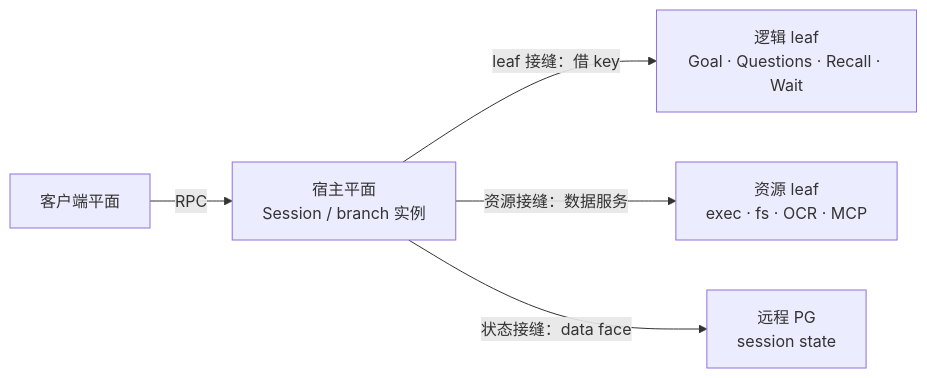
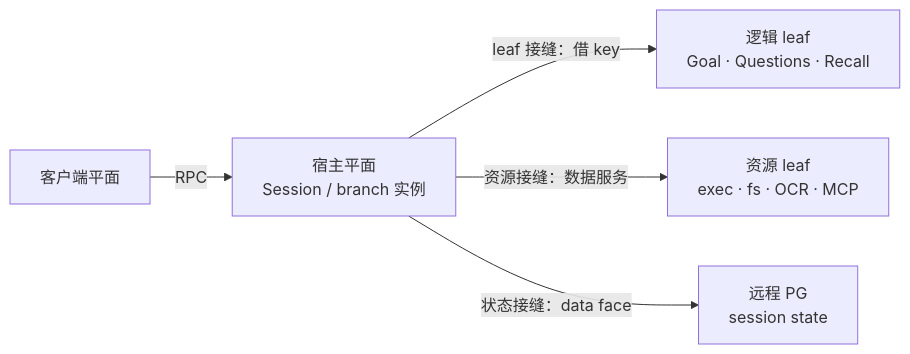
Before and after one commit to CoutinhoTTS/dim-agent: the first of 4 diagrams in docs/design/research/remote-plugins.md, drawn with Mermaid. The commit also changed other lines of this file, not shown here.

First line of the commit message:
docs: keep Wait out of the first pure-logic leaf batch

````diff
--- a/docs/design/research/remote-plugins.md
+++ b/docs/design/research/remote-plugins.md
@@ -74,7 +74,7 @@
 ```mermaid
 flowchart LR
   C["客户端平面"] -->|"RPC"| H["宿主平面<br/>Session / branch 实例"]
-  H -->|"leaf 接缝：借 key"| L["逻辑 leaf<br/>Goal · Questions · Recall · Wait"]
+  H -->|"leaf 接缝：借 key"| L["逻辑 leaf<br/>Goal · Questions · Recall"]
   H -->|"资源接缝：数据服务"| R["资源 leaf<br/>exec · fs · OCR · MCP"]
   H -->|"状态接缝：data face"| D["远程 PG<br/>session state"]
 ```
````
